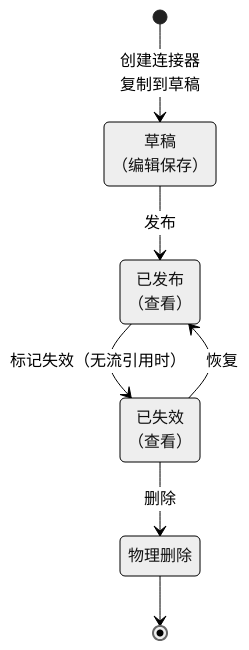
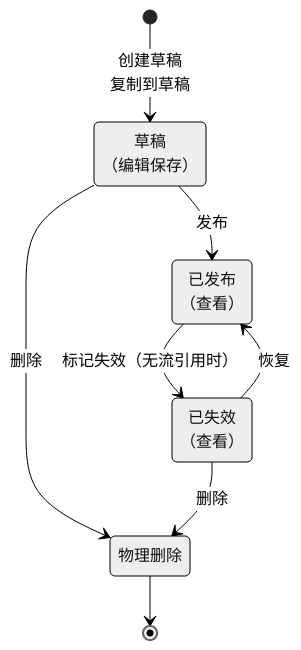
One commit to THZSummer/open-app changed the third of 6 diagrams in .sddu/specs-tree-root/specs-tree-connector-platform-v2/spec.md. Above: the diagram before and after it, drawn with Mermaid (neutral theme). The commit also changed other lines of this file, not shown here.

````diff
--- a/.sddu/specs-tree-root/specs-tree-connector-platform-v2/spec.md
+++ b/.sddu/specs-tree-root/specs-tree-connector-platform-v2/spec.md
@@ -234,13 +234,14 @@
 ```mermaid
 stateDiagram-v2
     state "草稿<br/>（编辑保存）" as 草稿
     state "已发布<br/>（查看）" as 已发布
     state "已失效<br/>（查看）" as 已失效
 
-    [*] --> 草稿 : 创建连接器<br/>复制到草稿
+    [*] --> 草稿 : 创建草稿<br/>复制到草稿
     草稿 --> 已发布 : 发布
     已发布 --> 已失效 : 标记失效（无流引用时）
     已失效 --> 已发布 : 恢复
+    草稿 --> 物理删除 : 删除
     已失效 --> 物理删除 : 删除
     物理删除 --> [*]
 ```
````
